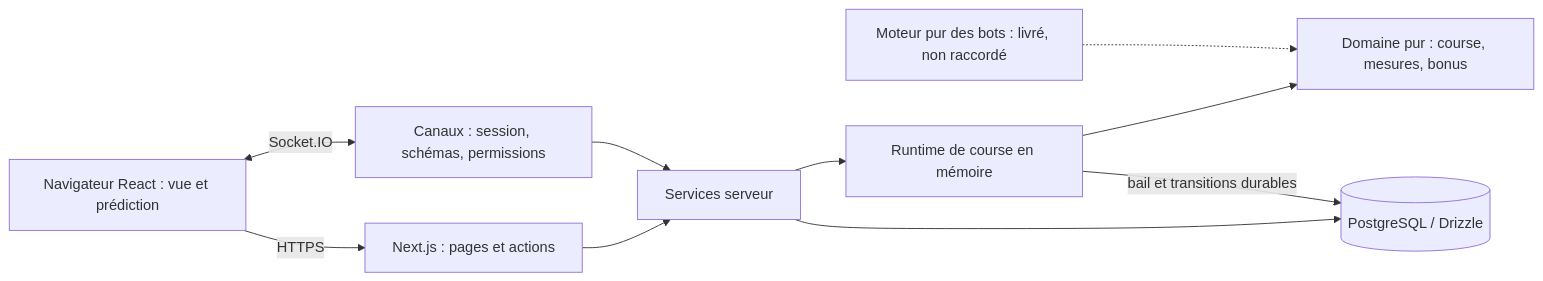
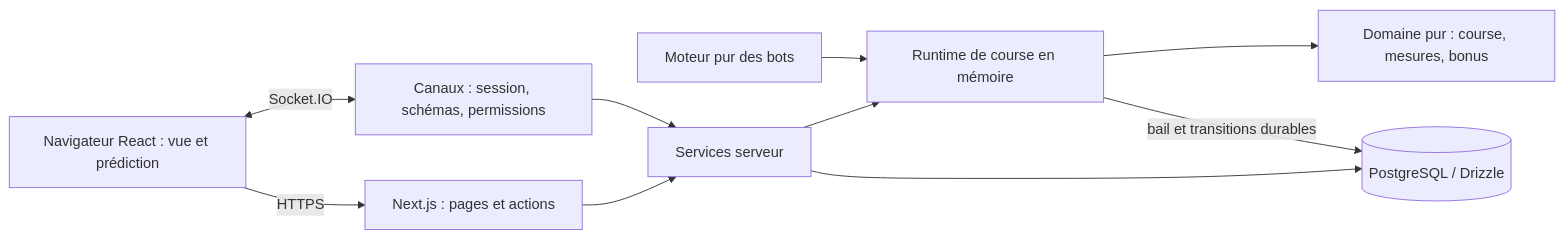
The first of 4 diagrams in docs/ARCHITECTURE.md (PhilJordan18/incision), drawn with Mermaid before and after one commit. The commit also changed other lines of this file and 8 other files, not shown here.

Commit message:
docs(qa): reconcile architecture and prepare the handover dossier

````diff
--- a/docs/ARCHITECTURE.md
+++ b/docs/ARCHITECTURE.md
@@ -24,12 +23,12 @@
 ```mermaid
 flowchart LR
   C["Navigateur React : vue et prédiction"] -->|HTTPS| N["Next.js : pages et actions"]
   C <-->|Socket.IO| S["Canaux : session, schémas, permissions"]
   N --> A["Services serveur"]
   S --> A
   A --> R["Runtime de course en mémoire"]
   R --> D["Domaine pur : course, mesures, bonus"]
   A --> P[("PostgreSQL / Drizzle")]
   R -->|bail et transitions durables| P
-  B["Moteur pur des bots : livré, non raccordé"] -.-> D
+  B["Moteur pur des bots"] --> R
 ```
````
